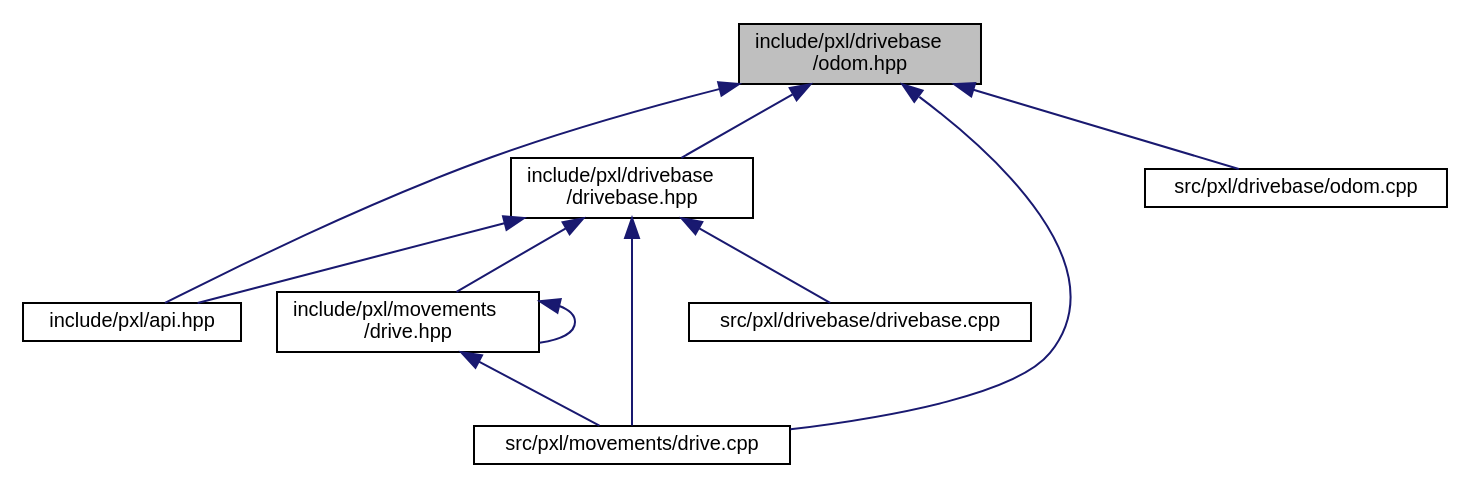
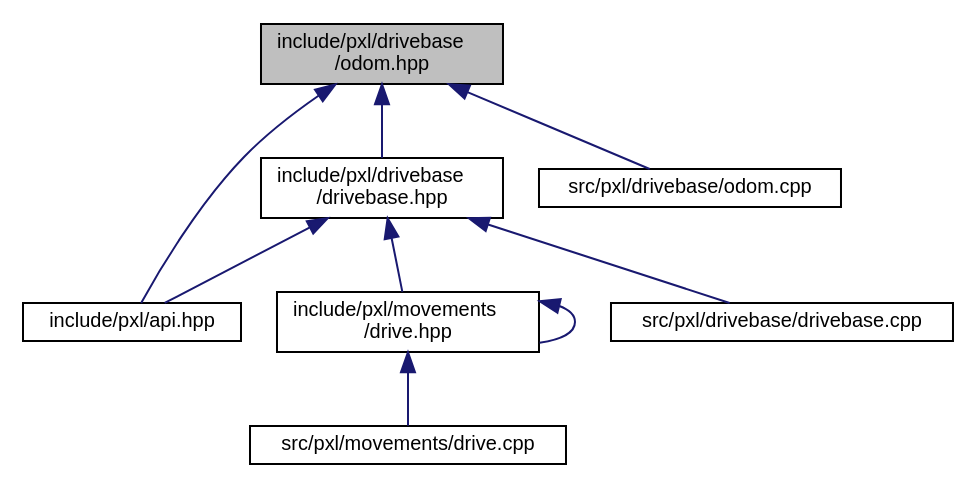
The diagram in odom_8hpp__dep__incl.dot (Pixel-Lib/Pixel), drawn with Graphviz before and after one commit. The commit also changed 24 other files, not shown here.

```diff
--- a/odom_8hpp__dep__incl.dot
+++ b/odom_8hpp__dep__incl.dot
@@ -1,23 +1,21 @@
 digraph "include/pxl/drivebase/odom.hpp"
 {
  // LATEX_PDF_SIZE
   edge [fontname="Helvetica",fontsize="10",labelfontname="Helvetica",labelfontsize="10"];
   node [fontname="Helvetica",fontsize="10",shape=record];
   Node1 [label="include/pxl/drivebase\l/odom.hpp",height=0.2,width=0.4,color="black", fillcolor="grey75", style="filled", fontcolor="black",tooltip=" "];
   Node1 -> Node2 [dir="back",color="midnightblue",fontsize="10",style="solid",fontname="Helvetica"];
   Node2 [label="include/pxl/api.hpp",height=0.2,width=0.4,color="black", fillcolor="white", style="filled",URL="$api_8hpp.html",tooltip=" "];
   Node1 -> Node3 [dir="back",color="midnightblue",fontsize="10",style="solid",fontname="Helvetica"];
   Node3 [label="include/pxl/drivebase\l/drivebase.hpp",height=0.2,width=0.4,color="black", fillcolor="white", style="filled",URL="$drivebase_8hpp.html",tooltip=" "];
   Node3 -> Node2 [dir="back",color="midnightblue",fontsize="10",style="solid",fontname="Helvetica"];
   Node3 -> Node4 [dir="back",color="midnightblue",fontsize="10",style="solid",fontname="Helvetica"];
   Node4 [label="include/pxl/movements\l/drive.hpp",height=0.2,width=0.4,color="black", fillcolor="white", style="filled",URL="$drive_8hpp.html",tooltip=" "];
   Node4 -> Node4 [dir="back",color="midnightblue",fontsize="10",style="solid",fontname="Helvetica"];
   Node4 -> Node5 [dir="back",color="midnightblue",fontsize="10",style="solid",fontname="Helvetica"];
   Node5 [label="src/pxl/movements/drive.cpp",height=0.2,width=0.4,color="black", fillcolor="white", style="filled",URL="$drive_8cpp.html",tooltip=" "];
   Node3 -> Node6 [dir="back",color="midnightblue",fontsize="10",style="solid",fontname="Helvetica"];
   Node6 [label="src/pxl/drivebase/drivebase.cpp",height=0.2,width=0.4,color="black", fillcolor="white", style="filled",URL="$drivebase_8cpp.html",tooltip=" "];
-  Node3 -> Node5 [dir="back",color="midnightblue",fontsize="10",style="solid",fontname="Helvetica"];
   Node1 -> Node7 [dir="back",color="midnightblue",fontsize="10",style="solid",fontname="Helvetica"];
   Node7 [label="src/pxl/drivebase/odom.cpp",height=0.2,width=0.4,color="black", fillcolor="white", style="filled",URL="$odom_8cpp.html",tooltip=" "];
-  Node1 -> Node5 [dir="back",color="midnightblue",fontsize="10",style="solid",fontname="Helvetica"];
 }
```
